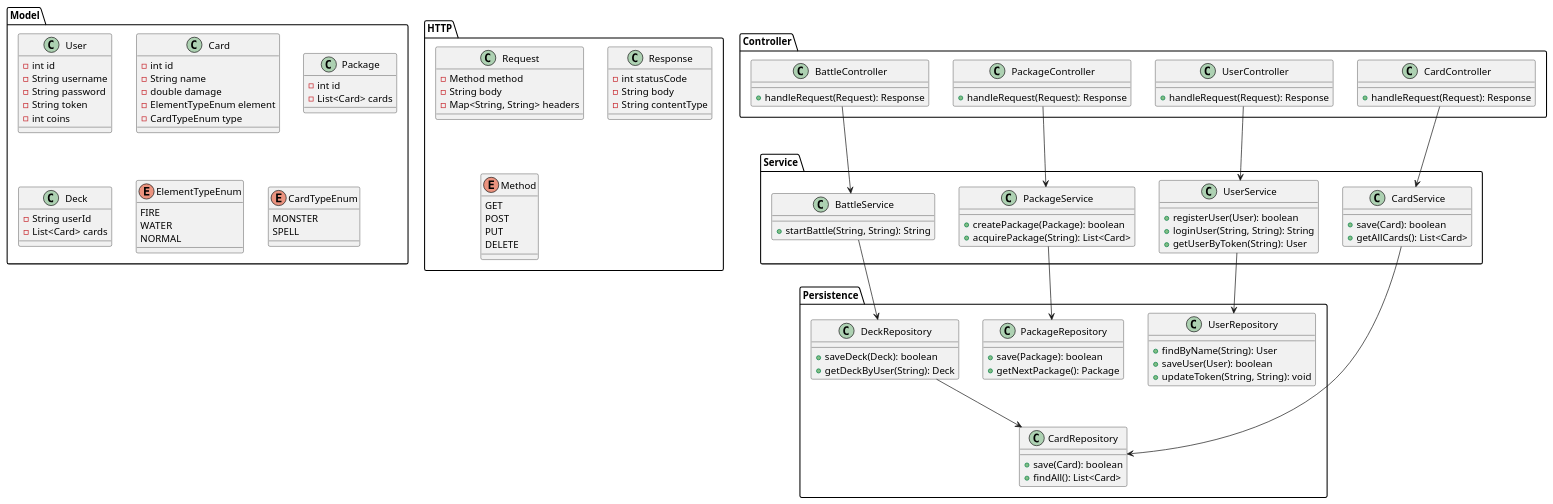
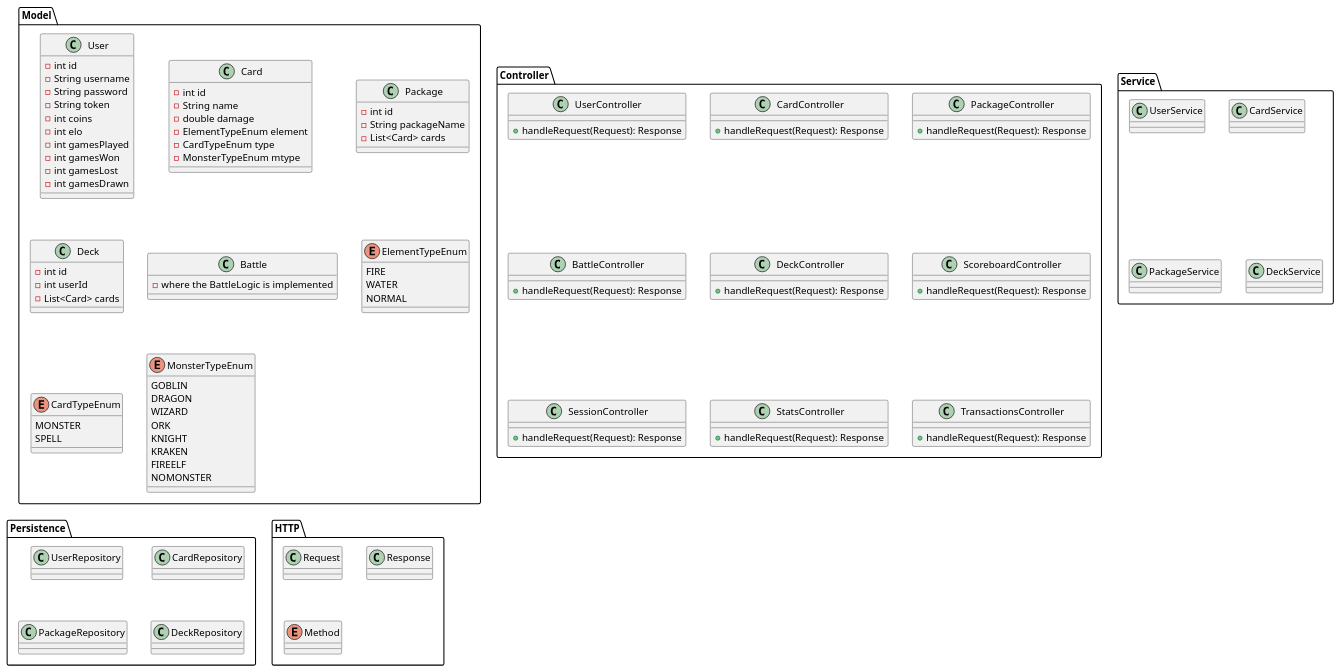
One commit to bsnyr03/MonsterTradingCardsGame changed the diagram in MonsterTradingCardsGame_Klassendiagramm.puml. Above: the diagram before and after it, drawn with PlantUML. The commit also changed 1 other file, not shown here.

```diff
--- a/MonsterTradingCardsGame_Klassendiagramm.puml
+++ b/MonsterTradingCardsGame_Klassendiagramm.puml
@@ -1,137 +1,141 @@
 @startuml
 
 package "Model" {
     class User {
         - int id
         - String username
         - String password
         - String token
         - int coins
+        - int elo
+        - int gamesPlayed
+        - int gamesWon
+        - int gamesLost
+        - int gamesDrawn
     }
 
     class Card {
         - int id
         - String name
         - double damage
         - ElementTypeEnum element
         - CardTypeEnum type
+        - MonsterTypeEnum mtype
     }
 
     class Package {
         - int id
+        - String packageName
         - List<Card> cards
     }
 
     class Deck {
-        - String userId
+        - int id
+        - int userId
         - List<Card> cards
+    }
+
+    class Battle {
+            - where the BattleLogic is implemented
     }
 
     enum ElementTypeEnum {
         FIRE
         WATER
         NORMAL
     }
 
     enum CardTypeEnum {
         MONSTER
         SPELL
+    }
+
+    enum MonsterTypeEnum {
+        GOBLIN
+        DRAGON
+        WIZARD
+        ORK
+        KNIGHT
+        KRAKEN
+        FIREELF
+        NOMONSTER
     }
 }
 
 package "Controller" {
     class UserController {
         + handleRequest(Request): Response
     }
 
     class CardController {
         + handleRequest(Request): Response
     }
 
     class PackageController {
         + handleRequest(Request): Response
     }
 
     class BattleController {
         + handleRequest(Request): Response
     }
+
+    class DeckController {
+        + handleRequest(Request): Response
+    }
+
+    class ScoreboardController {
+        + handleRequest(Request): Response
+    }
+
+    class SessionController {
+        + handleRequest(Request): Response
+    }
+
+    class StatsController {
+        + handleRequest(Request): Response
+    }
+
+    class TransactionsController {
+        + handleRequest(Request): Response
+    }
 }
 
 package "Service" {
     class UserService {
-        + registerUser(User): boolean
-        + loginUser(String, String): String
-        + getUserByToken(String): User
     }
 
     class CardService {
-        + save(Card): boolean
-        + getAllCards(): List<Card>
     }
 
     class PackageService {
-        + createPackage(Package): boolean
-        + acquirePackage(String): List<Card>
     }
 
-    class BattleService {
-        + startBattle(String, String): String
+    class DeckService {
     }
 }
 
 package "Persistence" {
     class UserRepository {
-        + findByName(String): User
-        + saveUser(User): boolean
-        + updateToken(String, String): void
     }
 
     class CardRepository {
-        + save(Card): boolean
-        + findAll(): List<Card>
     }
 
     class PackageRepository {
-        + save(Package): boolean
-        + getNextPackage(): Package
     }
 
     class DeckRepository {
-        + saveDeck(Deck): boolean
-        + getDeckByUser(String): Deck
+
     }
 }
 
 package "HTTP" {
     class Request {
-        - Method method
-        - String body
-        - Map<String, String> headers
     }
-
     class Response {
-        - int statusCode
-        - String body
-        - String contentType
     }
-
     enum Method {
-        GET
-        POST
-        PUT
-        DELETE
     }
 }
 
-UserController --> UserService
-CardController --> CardService
-PackageController --> PackageService
-BattleController --> BattleService
-
-UserService --> UserRepository
-CardService --> CardRepository
-PackageService --> PackageRepository
-BattleService --> DeckRepository
-DeckRepository --> CardRepository
-
 @enduml
```
